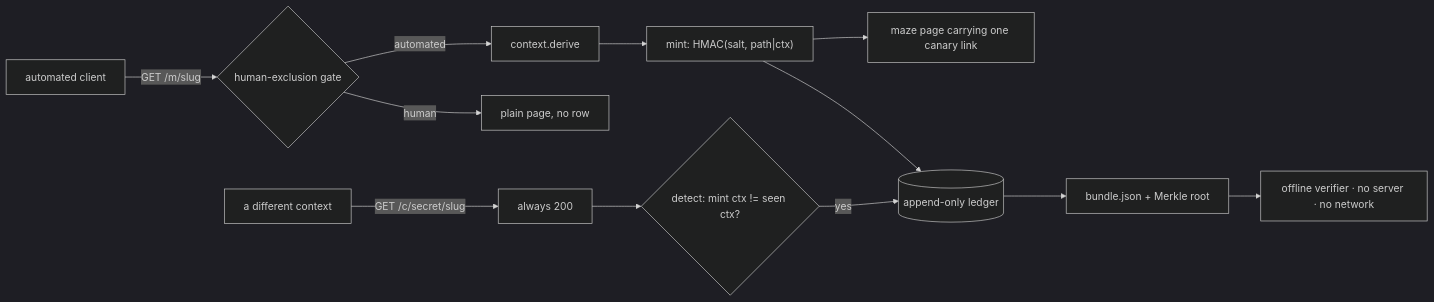
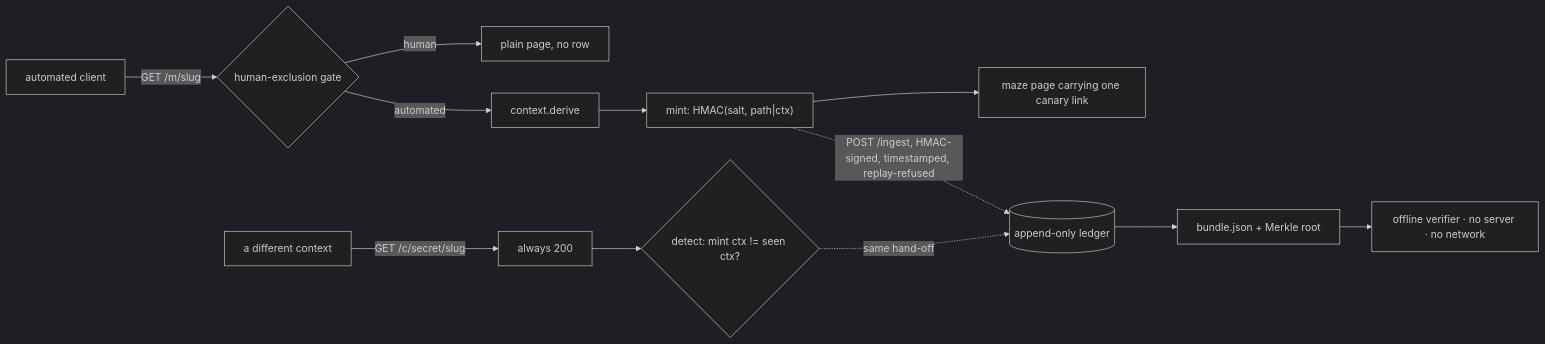
One commit to itssaharsh/canary-maze changed the diagram in README.md. Above: the diagram before and after it, drawn with Mermaid (dark theme). The commit also changed other lines of this file and 12 other files, not shown here.

````diff
--- a/README.md
+++ b/README.md
@@ -147,14 +148,14 @@
 ```mermaid
 flowchart LR
   C[automated client] -->|GET /m/slug| G{human-exclusion gate}
   G -->|human| P[plain page, no row]
   G -->|automated| X[context.derive]
   X --> M["mint: HMAC(salt, path|ctx)"]
-  M --> L[(append-only ledger)]
   M --> Pg[maze page carrying one canary link]
   C2[a different context] -->|GET /c/secret/slug| OK[always 200]
   OK --> D{detect: mint ctx != seen ctx?}
-  D -->|yes| L
+  M -. "POST /ingest, HMAC-signed, timestamped, replay-refused" .-> L
+  D -. same hand-off .-> L[(append-only ledger)]
   L --> B[bundle.json + Merkle root]
   B --> V[offline verifier · no server · no network]
 ```
````
